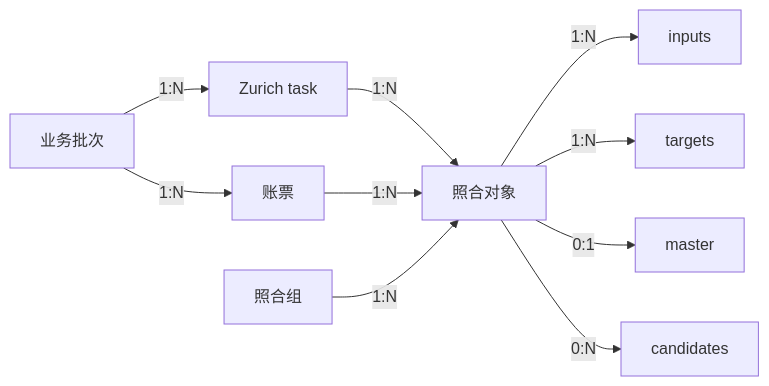
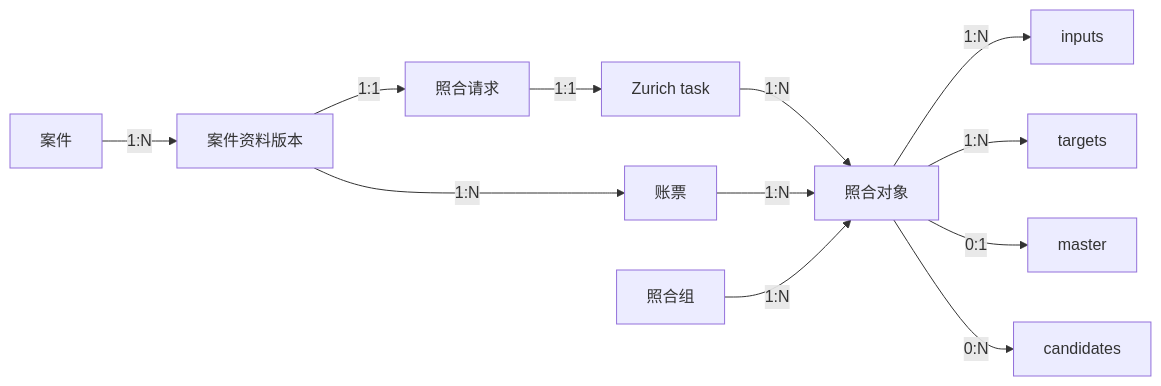
Before and after one commit to aruirage/IDP-Ph4-Master-Demo-PRD: the second of 9 diagrams in PRD-四期-主数据照合.md, drawn with Mermaid. The commit also changed other lines of this file and 24 other files, not shown here.

````diff
--- a/PRD-四期-主数据照合.md
+++ b/PRD-四期-主数据照合.md
@@ -387,12 +289,14 @@
 ```mermaid
 flowchart LR
-    BATCH[业务批次] -->|1:N| TASK[Zurich task]
-    BATCH -->|1:N| DOC[账票]
+    CASE[案件] -->|1:N| SNAPSHOT[案件资料版本]
+    SNAPSHOT -->|1:1| REQUEST[照合请求]
+    REQUEST -->|1:1| TASK[Zurich task]
+    SNAPSHOT -->|1:N| DOC[账票]
     TASK -->|1:N| ITEM[照合对象]
     DOC -->|1:N| ITEM
     GROUP[照合组] -->|1:N| ITEM
     ITEM -->|1:N| INPUT[inputs]
     ITEM -->|1:N| TARGET[targets]
     ITEM -->|0:1| MASTER_ROW[master]
     ITEM -->|0:N| CANDIDATE[candidates]
 ```
````
